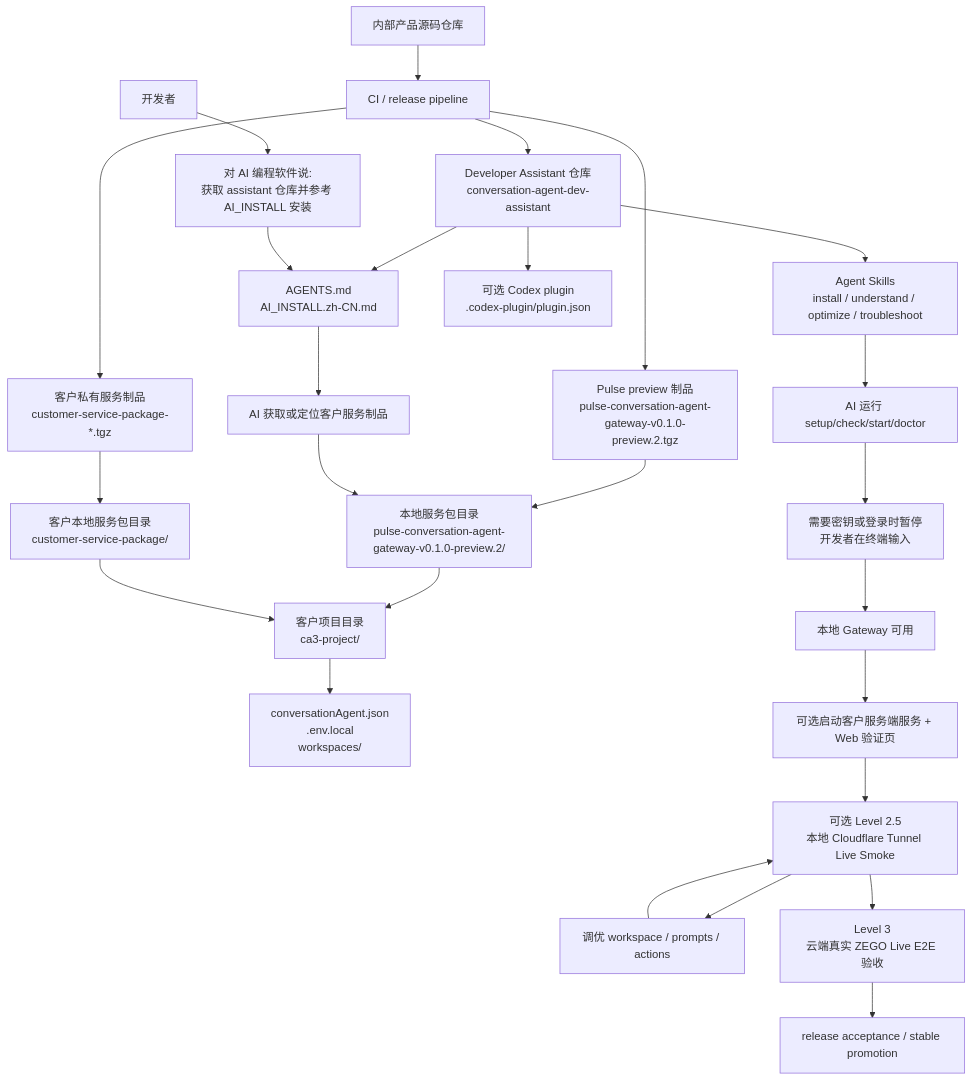
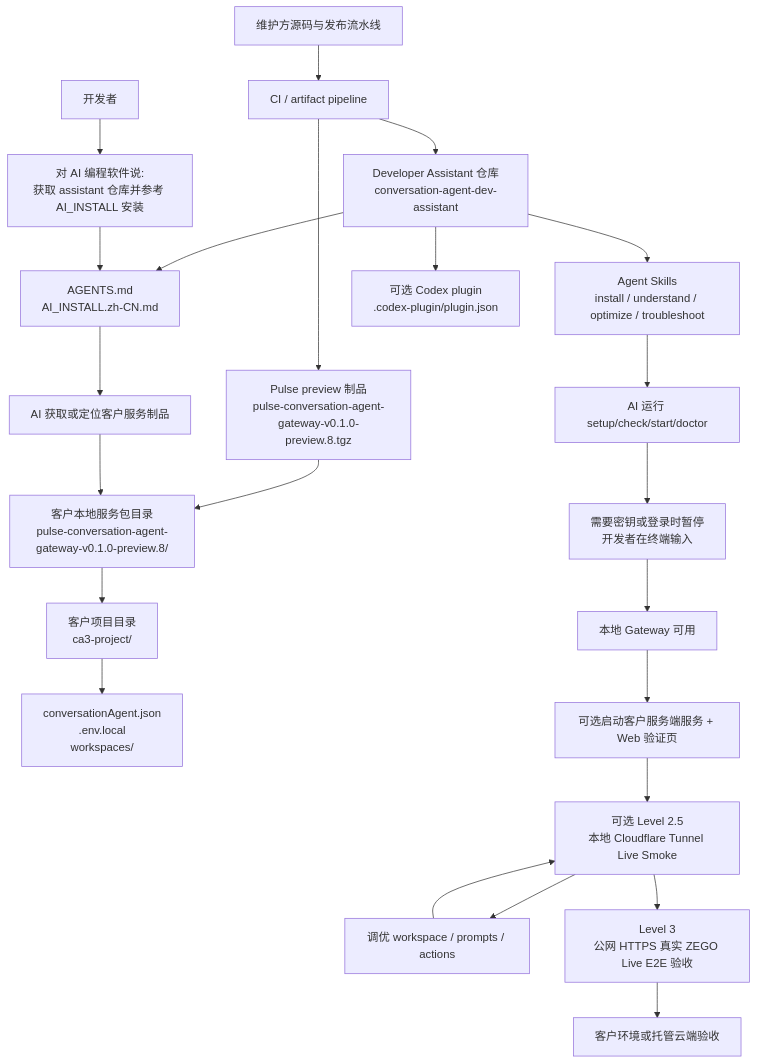
One commit to ZEGOCLOUD/conversation-agent-dev-assistant changed the diagram in README.zh-CN.md. Above: the diagram before and after it, drawn with Mermaid. The commit also changed other lines of this file and 16 other files, not shown here.

Commit message:
docs: align assistant with pulse preview 0.1.0-preview.8

````diff
--- a/README.zh-CN.md
+++ b/README.zh-CN.md
@@ -20,31 +16,28 @@
 ```mermaid
 flowchart TD
-  A["内部产品源码仓库"] --> B["CI / release pipeline"]
-  B --> C["Pulse preview 制品<br/>pulse-conversation-agent-gateway-v0.1.0-preview.2.tgz"]
-  B --> C2["客户私有服务制品<br/>customer-service-package-*.tgz"]
+  A["维护方源码与发布流水线"] --> B["CI / artifact pipeline"]
+  B --> C["Pulse preview 制品<br/>pulse-conversation-agent-gateway-v0.1.0-preview.8.tgz"]
   B --> D["Developer Assistant 仓库<br/>conversation-agent-dev-assistant"]
 
-  C --> E["本地服务包目录<br/>pulse-conversation-agent-gateway-v0.1.0-preview.2/"]
-  C2 --> E2["客户本地服务包目录<br/>customer-service-package/"]
+  C --> E["客户本地服务包目录<br/>pulse-conversation-agent-gateway-v0.1.0-preview.8/"]
   E --> F["客户项目目录<br/>ca3-project/"]
-  E2 --> F
   F --> G["conversationAgent.json<br/>.env.local<br/>workspaces/"]
 
   D --> H["AGENTS.md<br/>AI_INSTALL.zh-CN.md"]
   D --> I["Agent Skills<br/>install / understand / optimize / troubleshoot"]
   D --> J["可选 Codex plugin<br/>.codex-plugin/plugin.json"]
 
   K["开发者"] --> L["对 AI 编程软件说:<br/>获取 assistant 仓库并参考 AI_INSTALL 安装"]
   L --> H
   H --> M["AI 获取或定位客户服务制品"]
   M --> E
   I --> N["AI 运行 setup/check/start/doctor"]
   N --> O["需要密钥或登录时暂停<br/>开发者在终端输入"]
   O --> P["本地 Gateway 可用"]
   P --> Q["可选启动客户服务端服务 + Web 验证页"]
   Q --> R["可选 Level 2.5<br/>本地 Cloudflare Tunnel Live Smoke"]
   R --> S["调优 workspace / prompts / actions"]
   S --> R
-  R --> T["Level 3<br/>云端真实 ZEGO Live E2E 验收"]
-  T --> U["release acceptance / stable promotion"]
+  R --> T["Level 3<br/>公网 HTTPS 真实 ZEGO Live E2E 验收"]
+  T --> U["客户环境或托管云端验收"]
 ```
````
